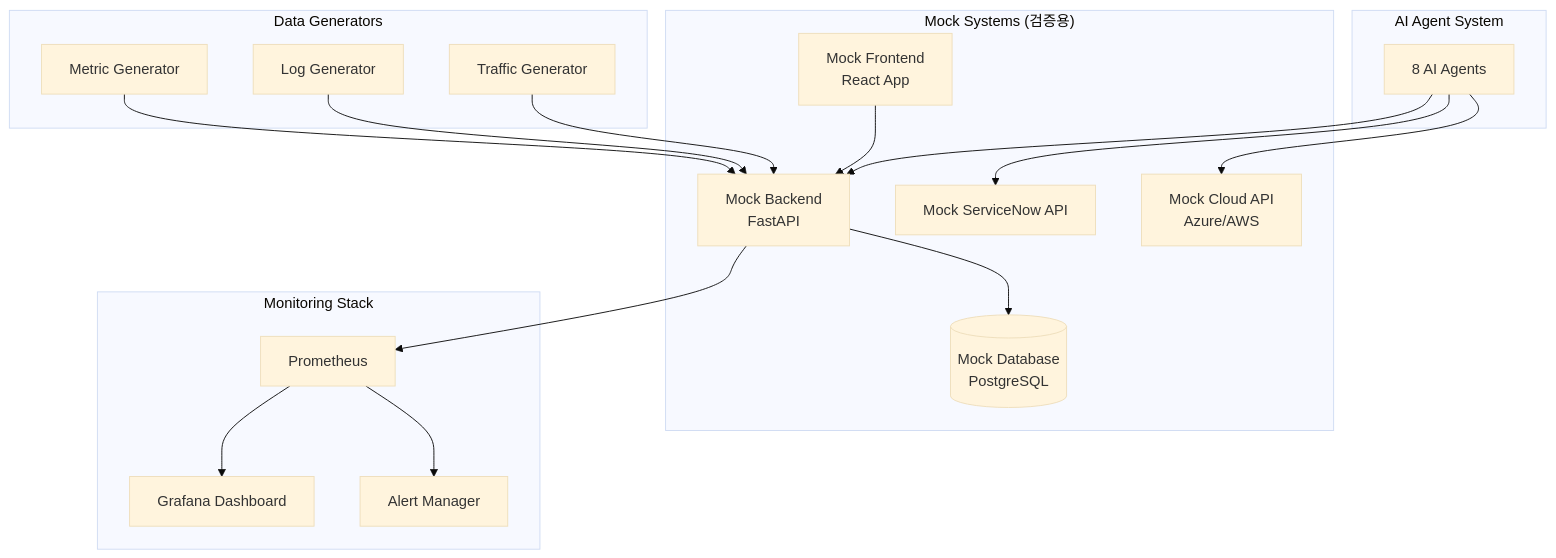
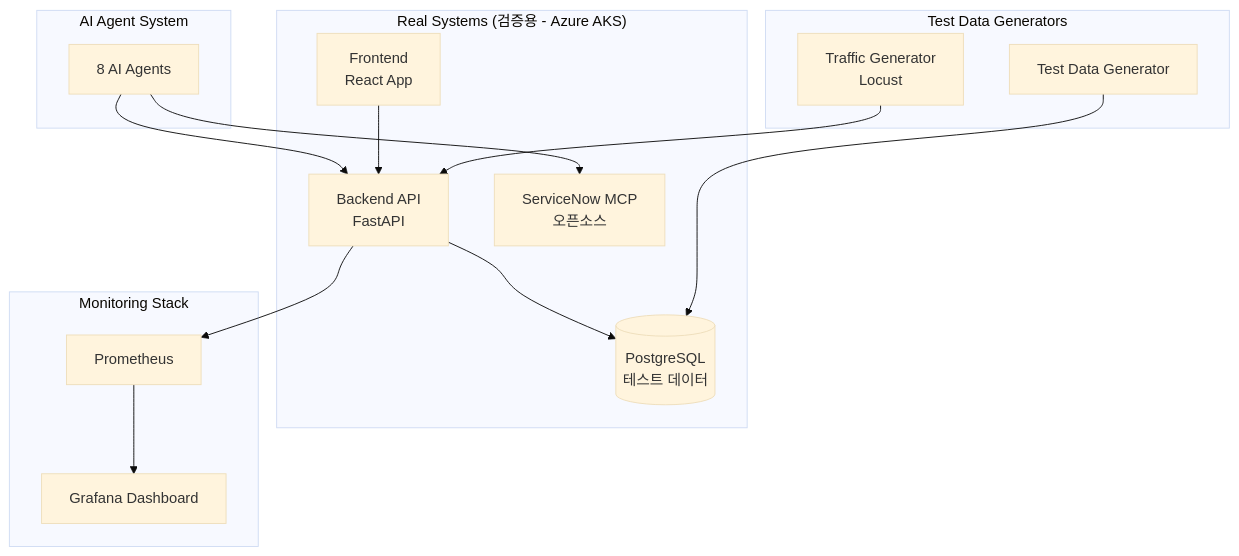
One commit to skaxcho/agentic_ai_20251114 changed the second of 2 diagrams in DEVELOPMENT_SPECIFICATION.md. Above: the diagram before and after it, drawn with Mermaid (base theme). The commit also changed other lines of this file and 14 other files, not shown here.

First line of the commit message:
feat: Azure AKS 배포 및 시뮬레이션 환경 구축 스크립트 추가

````diff
--- a/DEVELOPMENT_SPECIFICATION.md
+++ b/DEVELOPMENT_SPECIFICATION.md
@@ -661,42 +663,36 @@
 ```mermaid
 graph TB
     subgraph "AI Agent System"
         Agents[8 AI Agents]
     end
 
-    subgraph "Mock Systems (검증용)"
-        MockFE[Mock Frontend<br/>React App]
-        MockBE[Mock Backend<br/>FastAPI]
-        MockDB[(Mock Database<br/>PostgreSQL)]
+    subgraph "Real Systems (검증용 - Azure AKS)"
+        RealFE[Frontend<br/>React App]
+        RealBE[Backend API<br/>FastAPI]
+        RealDB[(PostgreSQL<br/>테스트 데이터)]
 
-        MockServiceNow[Mock ServiceNow API]
-        MockCloud[Mock Cloud API<br/>Azure/AWS]
+        RealServiceNow[ServiceNow MCP<br/>오픈소스]
     end
 
     subgraph "Monitoring Stack"
         Prometheus[Prometheus]
         Grafana[Grafana Dashboard]
-        AlertManager[Alert Manager]
     end
 
-    subgraph "Data Generators"
-        TrafficGen[Traffic Generator]
-        LogGen[Log Generator]
-        MetricGen[Metric Generator]
+    subgraph "Test Data Generators"
+        TrafficGen[Traffic Generator<br/>Locust]
+        DataGen[Test Data Generator]
     end
 
-    Agents --> MockBE
-    Agents --> MockServiceNow
-    Agents --> MockCloud
+    Agents --> RealBE
+    Agents --> RealServiceNow
 
-    MockBE --> MockDB
-    MockFE --> MockBE
+    RealBE --> RealDB
+    RealFE --> RealBE
 
-    TrafficGen --> MockBE
-    LogGen --> MockBE
-    MetricGen --> MockBE
+    TrafficGen --> RealBE
+    DataGen --> RealDB
 
-    MockBE --> Prometheus
+    RealBE --> Prometheus
     Prometheus --> Grafana
-    Prometheus --> AlertManager
 ```
````
